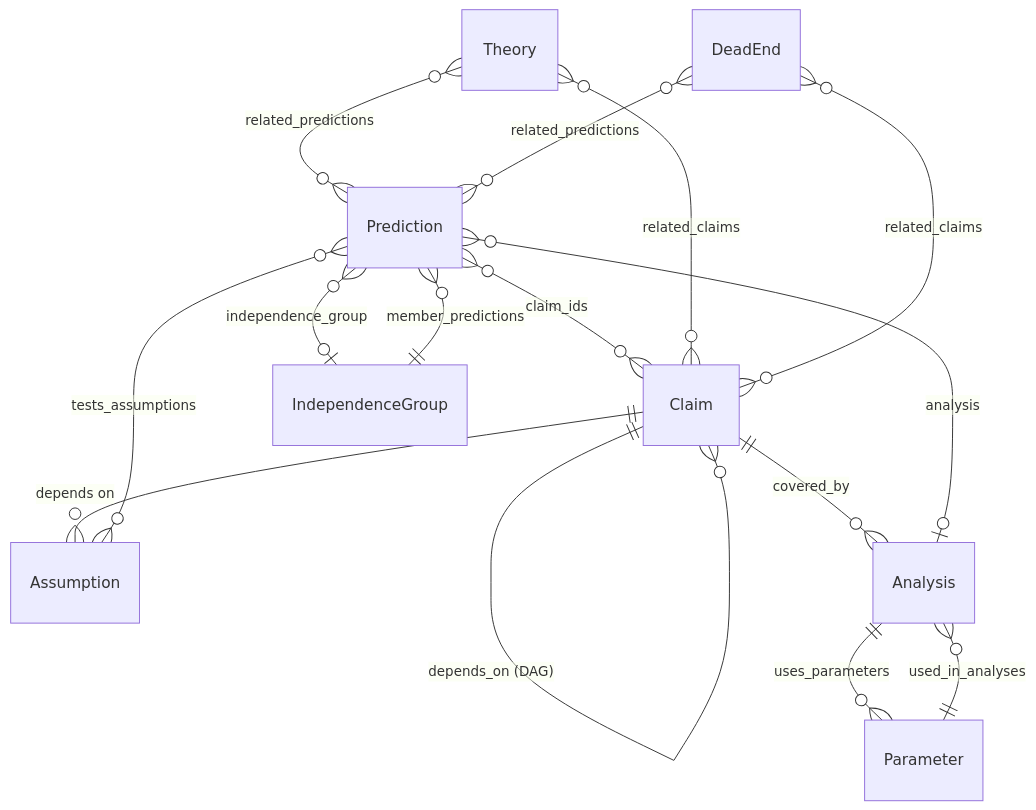
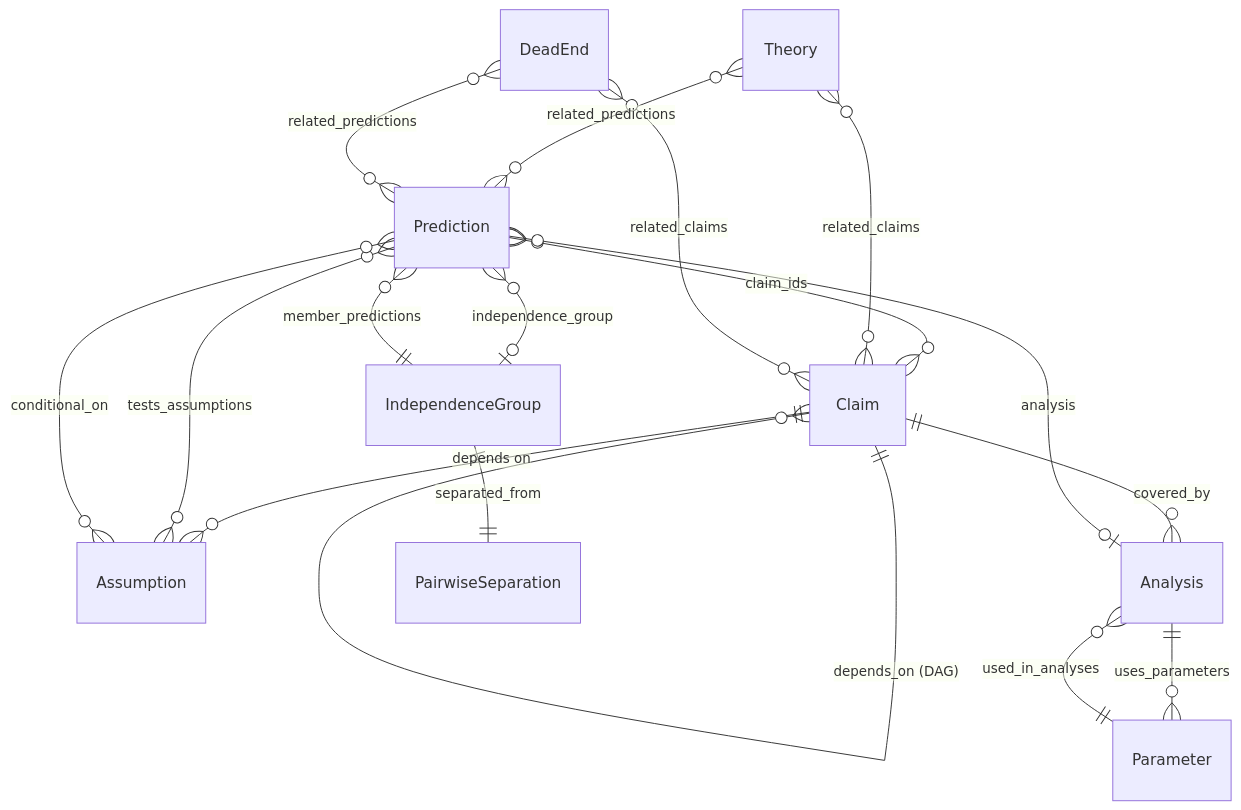
The second of 6 diagrams in ARCHITECTURE.md (cdowd010/episteme), drawn with Mermaid before and after one commit. The commit also changed other lines of this file and 1 other file, not shown here.

````diff
--- a/ARCHITECTURE.md
+++ b/ARCHITECTURE.md
@@ -164,17 +164,19 @@
 ```mermaid
 erDiagram
     Claim ||--o{ Assumption : "depends on"
     Claim ||--o{ Claim : "depends_on (DAG)"
     Claim ||--o{ Analysis : "covered_by"
     Prediction }o--o{ Claim : "claim_ids"
     Prediction }o--o{ Assumption : "tests_assumptions"
+    Prediction }o--o{ Assumption : "conditional_on"
     Prediction }o--o| Analysis : "analysis"
     Prediction }o--o| IndependenceGroup : "independence_group"
     IndependenceGroup ||--o{ Prediction : "member_predictions"
+    IndependenceGroup ||--|| PairwiseSeparation : "separated_from"
     Theory }o--o{ Claim : "related_claims"
     Theory }o--o{ Prediction : "related_predictions"
     DeadEnd }o--o{ Prediction : "related_predictions"
     DeadEnd }o--o{ Claim : "related_claims"
     Analysis ||--o{ Parameter : "uses_parameters"
     Parameter ||--o{ Analysis : "used_in_analyses"
 ```
````
